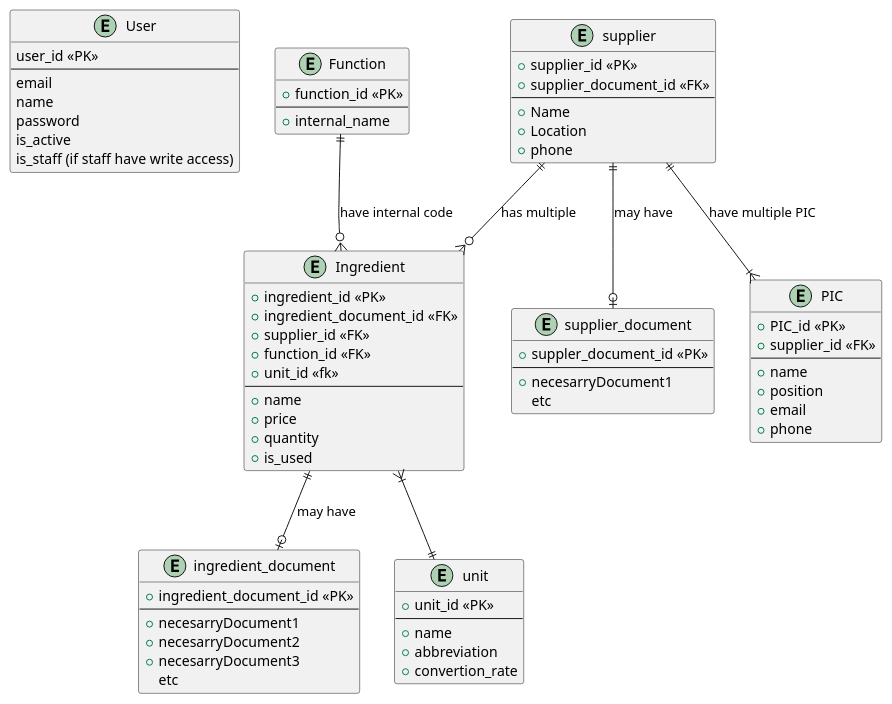
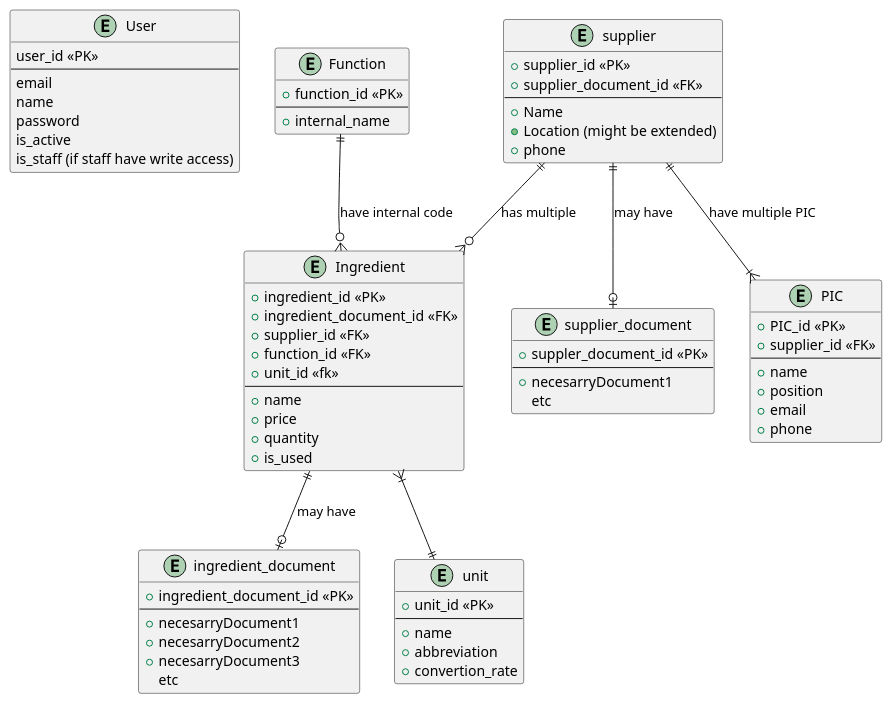
Before and after one commit to Revelvol/supplierManagementApi: the diagram in DatabaseDesign.puml, drawn with PlantUML. The commit also changed 20 other files, not shown here.

```diff
--- a/DatabaseDesign.puml
+++ b/DatabaseDesign.puml
@@ -1,88 +1,88 @@
 @startuml
 
 entity User {
    user_id <<PK>>
    --
    email
    name
    password
    is_active
    is_staff (if staff have write access)
 }
 
 entity Ingredient {
   +ingredient_id <<PK>>
 +ingredient_document_id <<FK>>
   +supplier_id <<FK>>
   +function_id <<FK>>
   +unit_id <<fk>>
   --
   +name
   +price
   +quantity
   +is_used
 }
 
 entity Function {
   +function_id <<PK>>
   --
   +internal_name
 }
 
 entity ingredient_document {
   +ingredient_document_id <<PK>>
   --
   +necesarryDocument1
   +necesarryDocument2
   +necesarryDocument3
   etc
 }
 
 entity unit {
 + unit_id <<PK>>
 --
 +name
 +abbreviation
 +convertion_rate
 }
 entity supplier {
   +supplier_id <<PK>>
   +supplier_document_id <<FK>>
   --
   +Name
-  +Location
+  +Location (might be extended)
   +phone
 }
 
 entity supplier_document {
   +suppler_document_id <<PK>>
   --
   +necesarryDocument1
   etc
 }
 
 entity PIC{
   +PIC_id <<PK>>
   +supplier_id <<FK>>
   --
   +name
   +position
   +email
   +phone
 }
 
 
 
 supplier ||--o{ Ingredient : has multiple
 
 supplier ||--o| supplier_document : may have
 
 Function ||--o{ Ingredient : have internal code
 
 Ingredient ||--o| ingredient_document : may have
 
 supplier ||--|{ PIC : have multiple PIC
 
 Ingredient }|--|| unit
 
 @enduml
```
